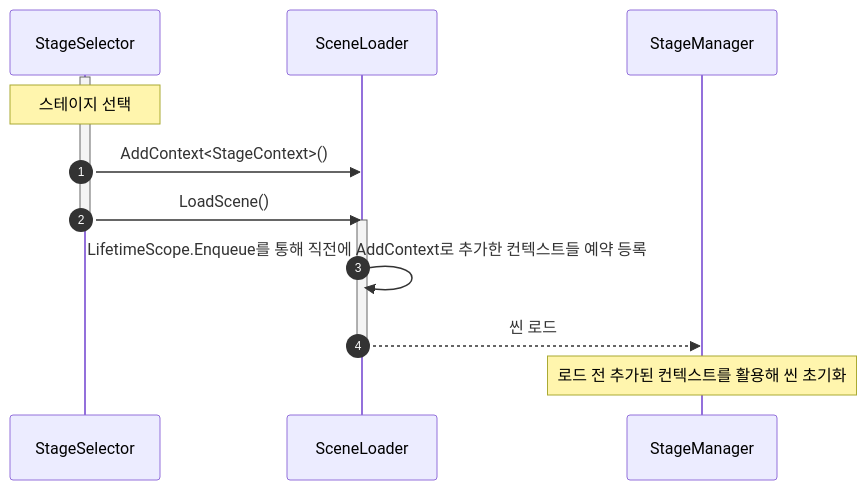
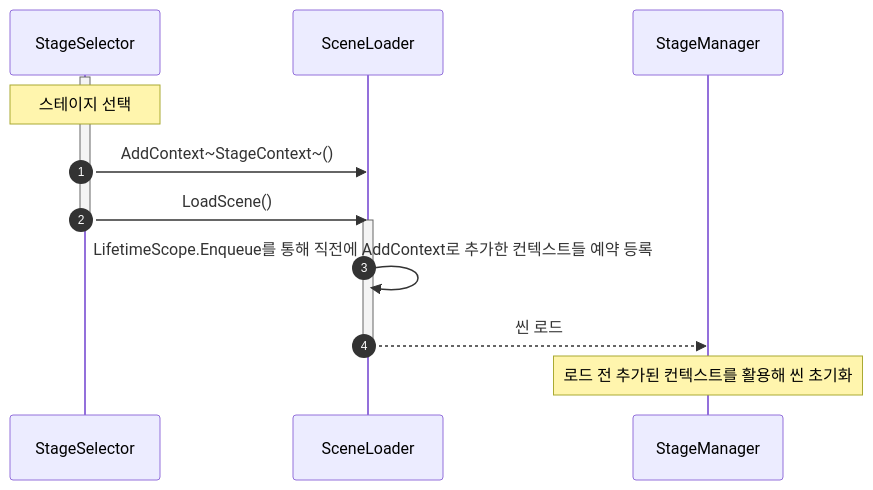
Before and after one commit to JIN5EOK/DungeonShooter: the diagram in README/씬_설계.md, drawn with Mermaid. The commit also changed other lines of this file and 1 other file, not shown here.

Commit message:
feat: 로깅 코드 중복 줄이기 위한 LogHandler 추가

````diff
--- a/README/씬_설계.md
+++ b/README/씬_설계.md
@@ -12,17 +12,17 @@
 ```mermaid
 sequenceDiagram
     autonumber
     participant StageSelector
     participant SceneLoader
     participant StageManager
     activate StageSelector
     note over StageSelector: 스테이지 선택
-    StageSelector ->> SceneLoader : AddContext<StageContext>()
+    StageSelector ->> SceneLoader : AddContext~StageContext~()
     StageSelector ->> SceneLoader : LoadScene()
     deactivate StageSelector
     activate SceneLoader
     SceneLoader ->> SceneLoader : LifetimeScope.Enqueue를 통해 직전에 AddContext로 추가한 컨텍스트들 예약 등록
     SceneLoader -->> StageManager : 씬 로드
     deactivate SceneLoader
     note over StageManager: 로드 전 추가된 컨텍스트를 활용해 씬 초기화
 ```
````
